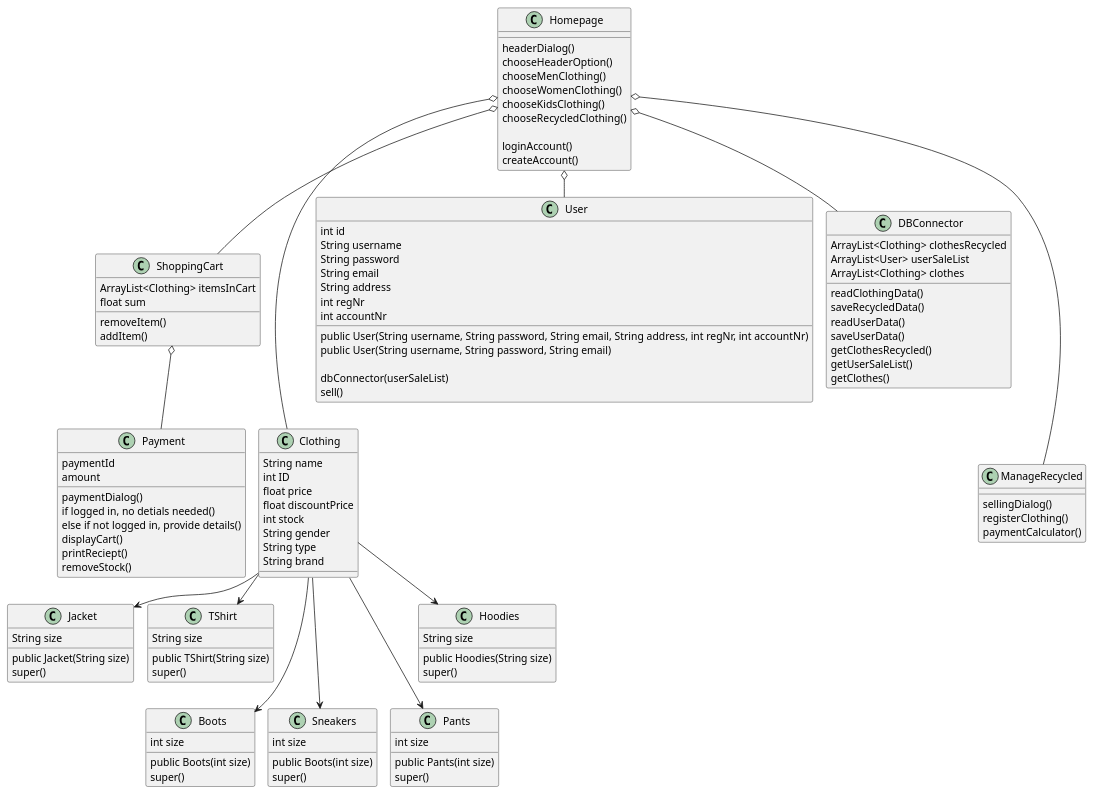
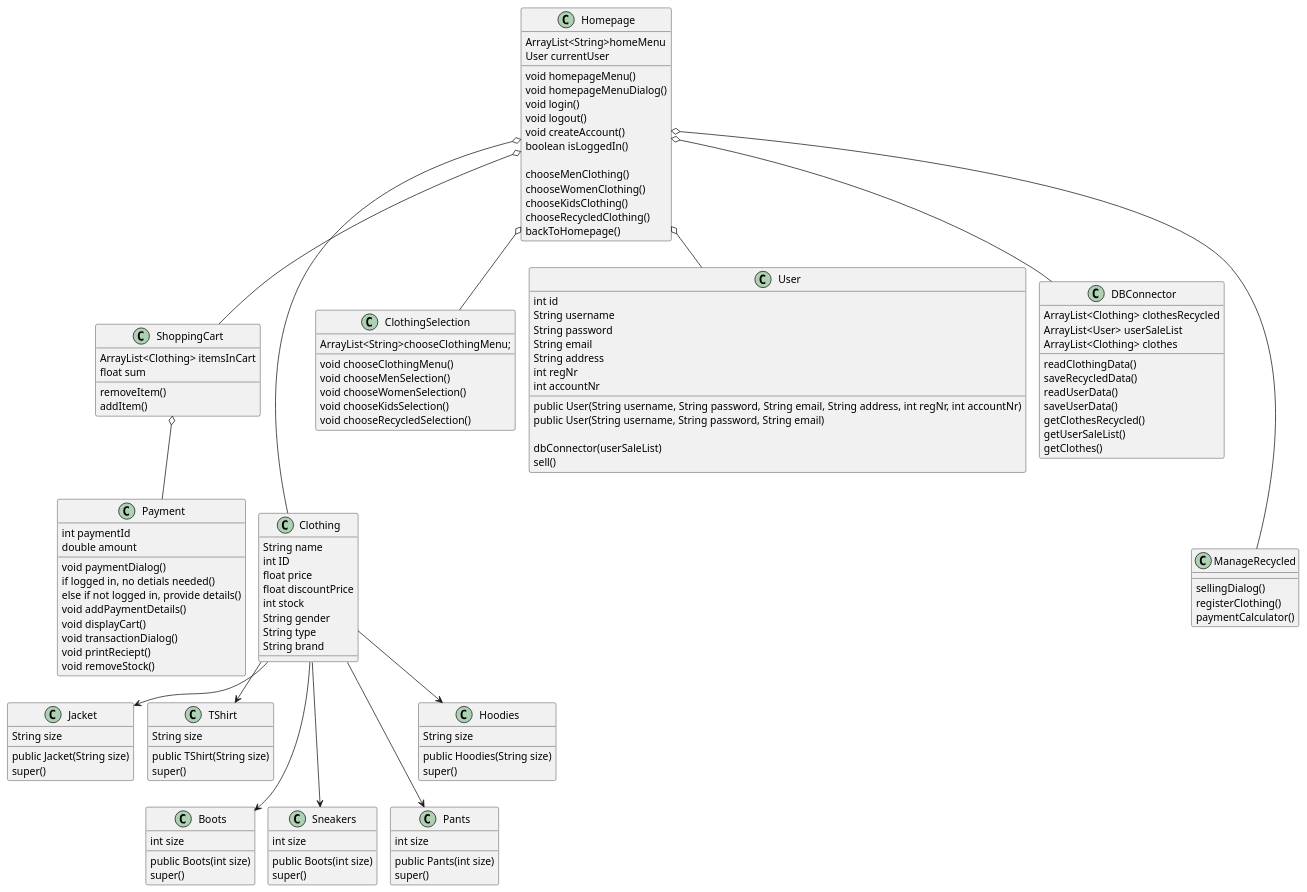
The diagram in ICE/src/main/java/doc/classDiagramICE.puml (RodneyMuyanga/ICE-Projekt-Gruppe-A), drawn with PlantUML before and after one commit. The commit also changed 6 other files, not shown here.

```diff
--- a/ICE/src/main/java/doc/classDiagramICE.puml
+++ b/ICE/src/main/java/doc/classDiagramICE.puml
@@ -1,167 +1,182 @@
 @startuml
 !pragma layout smetana
 'https://plantuml.com/class-diagram
 
 class Homepage
 class ShoppingCart
 class Payment
 class Clothing
+class ClothingSelection
 
 class Jacket
 class TShirt
 class Boots
 class Sneakers
 class Pants
 class Hoodies
 class User
 
 class DBConnector
 
 Homepage o--- Clothing
 Homepage o--- ManageRecycled
 Homepage o-- ShoppingCart
 Homepage o-- User
 Homepage o-- DBConnector
+Homepage o-- ClothingSelection
 
 ShoppingCart o-- Payment
 
 Clothing --> TShirt
 Clothing --> Jacket
 Clothing --> Hoodies
 Clothing ---> Pants
 Clothing ---> Sneakers
 Clothing ---> Boots
 
 
 class Homepage{
+    ArrayList<String>homeMenu
+    User currentUser
 
+    void homepageMenu()
+    void homepageMenuDialog()
+    void login()
+    void logout()
+    void createAccount()
+    boolean isLoggedIn()
 
-    headerDialog()
-    chooseHeaderOption()
     chooseMenClothing()
     chooseWomenClothing()
     chooseKidsClothing()
     chooseRecycledClothing()
-
-    loginAccount()
-    createAccount()
+    backToHomepage()
 }
 
 class Clothing {
 
  String name
  int ID
  float price
  float discountPrice
  int stock
  String gender
  String type
  String brand
+}
+
+class ClothingSelection{
+    ArrayList<String>chooseClothingMenu;
+    void chooseClothingMenu()
+    void chooseMenSelection()
+    void chooseWomenSelection()
+    void chooseKidsSelection()
+    void chooseRecycledSelection()
 }
 
 class TShirt{
 String size
 
 public TShirt(String size)
 super()
 }
 
 class Jacket{
 String size
 
 public Jacket(String size)
 super()
 }
 
 class Hoodies{
 String size
 
 public Hoodies(String size)
 super()
 }
 
 class Pants{
 int size
 
 public Pants(int size)
 super()
 }
 
 
 class Sneakers{
 int size
 public Boots(int size)
 super()
 }
 
 class Boots{
 int size
 public Boots(int size)
 super()
 }
 
 
 class ShoppingCart {
     ArrayList<Clothing> itemsInCart
     float sum
 
     removeItem()
     addItem()
 }
 
 class User {
     int id
     String username
     String password
     String email
     String address
     int regNr
     int accountNr
 
     public User(String username, String password, String email, String address, int regNr, int accountNr)
     public User(String username, String password, String email)
 
     dbConnector(userSaleList)
     sell()
 }
 
 
 class Payment {
+    int paymentId
+    double amount
 
-    paymentId
-    amount
-
-
-    paymentDialog()
+    void paymentDialog()
     if logged in, no detials needed()
     else if not logged in, provide details()
-    displayCart()
-    printReciept()
-    removeStock()
+    void addPaymentDetails()
+    void displayCart()
+    void transactionDialog()
+    void printReciept()
+    void removeStock()
 }
 
 class ManageRecycled {
     sellingDialog()
     registerClothing()
     paymentCalculator()
 }
 
 class DBConnector {
     ArrayList<Clothing> clothesRecycled
     ArrayList<User> userSaleList
     ArrayList<Clothing> clothes
 
     readClothingData()
     saveRecycledData()
     readUserData()
     saveUserData()
 
 
     getClothesRecycled()
     getUserSaleList()
     getClothes()
 
 
 }
 
 @enduml
```
